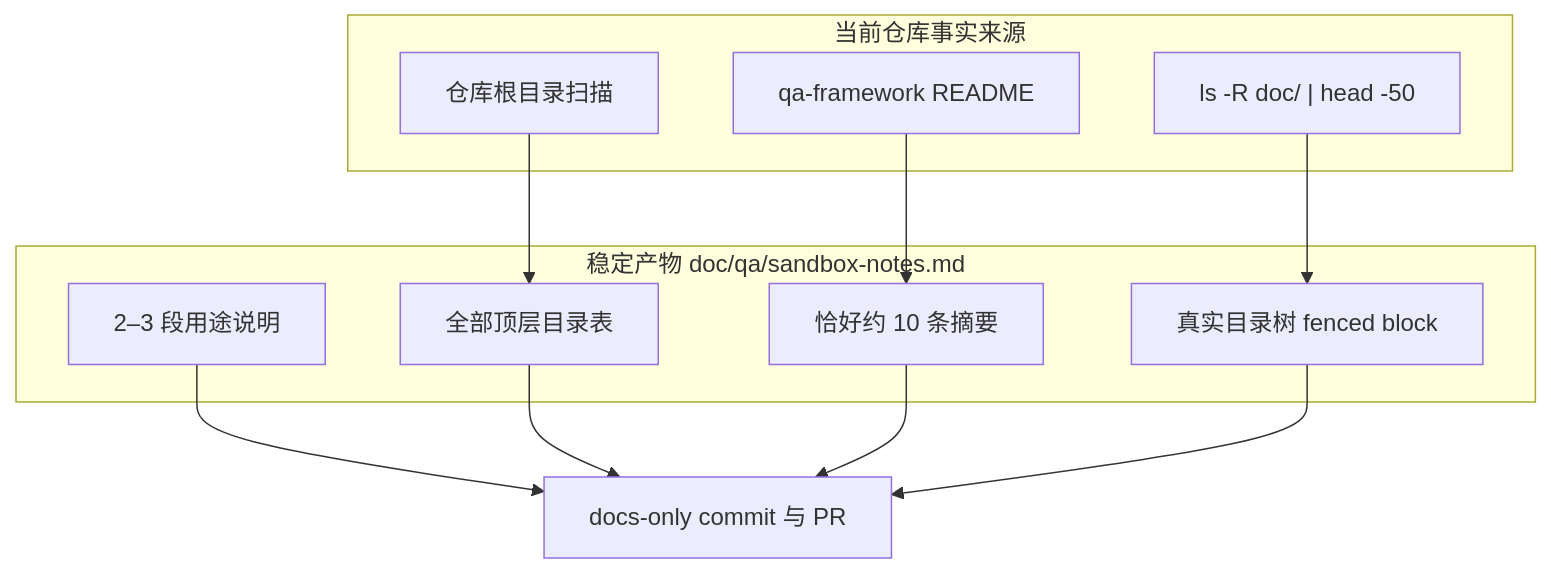
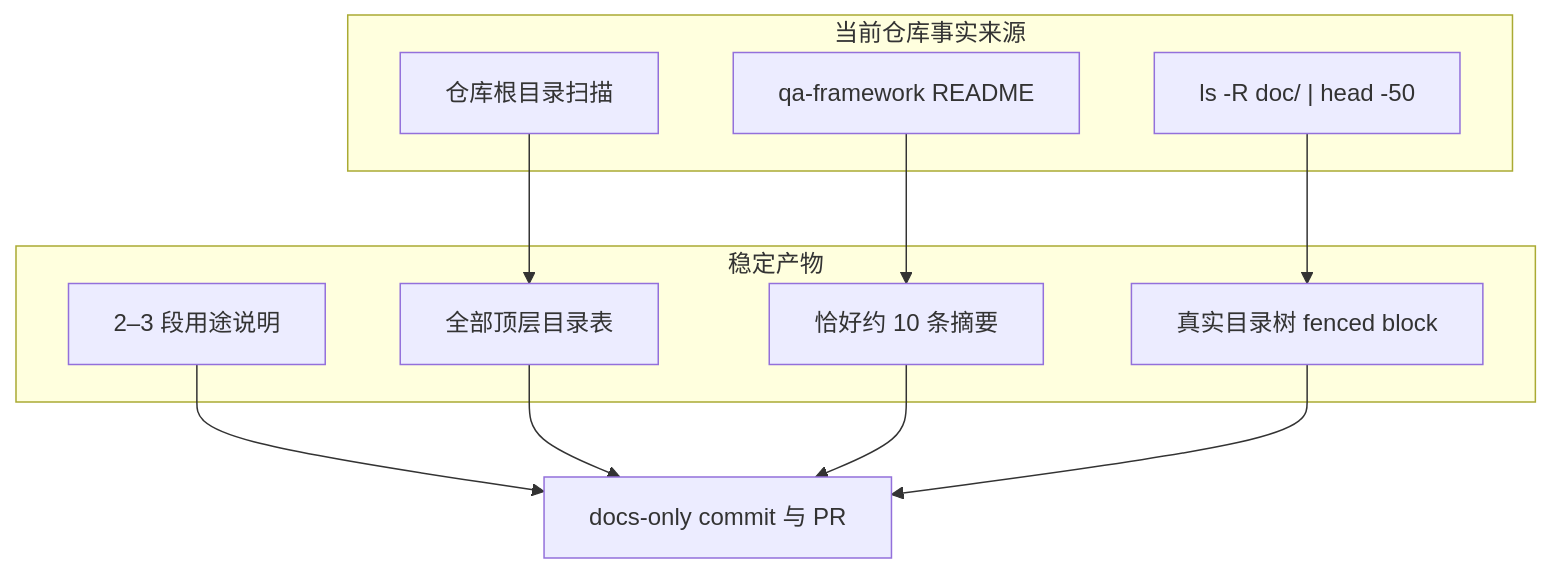
One commit to xrliAnnie/flywheel-qa-sandbox changed the diagram in engineering/doc/FLY-202-sandbox-notes-e2e/structure-model.mmd. Above: the diagram before and after it, drawn with Mermaid. The commit also changed 4 other files, not shown here.

First line of the commit message:
docs(FLY-202): founder HTML with locally rendered diagrams

```diff
--- a/engineering/doc/FLY-202-sandbox-notes-e2e/structure-model.mmd
+++ b/engineering/doc/FLY-202-sandbox-notes-e2e/structure-model.mmd
@@ -1,19 +1,19 @@
 flowchart TB
     subgraph SOURCES["当前仓库事实来源"]
       S1["仓库根目录扫描"]
       S2["qa-framework README"]
       S3["ls -R doc/ | head -50"]
     end
-    subgraph DOC["稳定产物 doc/qa/sandbox-notes.md"]
+    subgraph DOC["稳定产物"]
       D1["2–3 段用途说明"]
       D2["全部顶层目录表"]
       D3["恰好约 10 条摘要"]
       D4["真实目录树 fenced block"]
     end
     S1 --> D2
     S2 --> D3
     S3 --> D4
     D1 --> P["docs-only commit 与 PR"]
     D2 --> P
     D3 --> P
     D4 --> P
```
